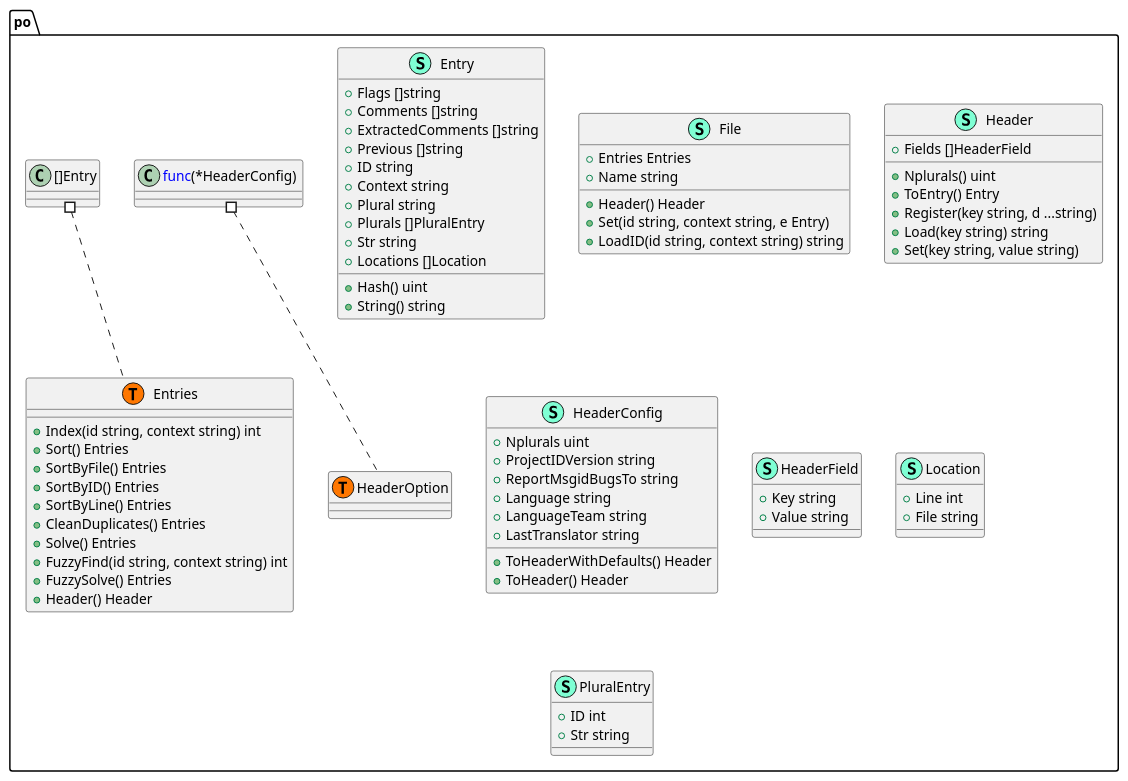
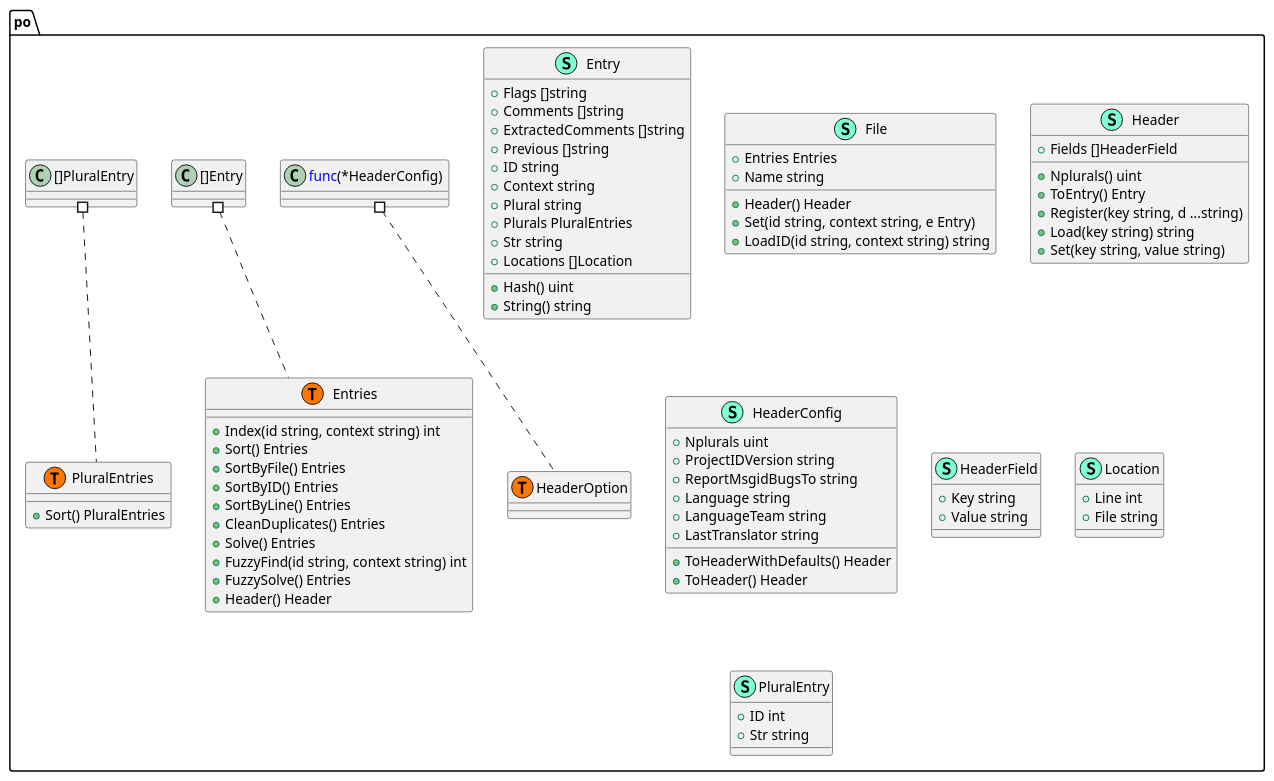
Before and after one commit to Tom5521/gotext-tools: the diagram in pkg/po/structure.puml, drawn with PlantUML. The commit also changed 1 other file, not shown here.

Commit message:
chore: Update plantUML's

```diff
--- a/pkg/po/structure.puml
+++ b/pkg/po/structure.puml
@@ -1,87 +1,94 @@
 @startuml
 namespace po {
     class Entries << (S,Aquamarine) >> {
         + Index(id string, context string) int
         + Sort() Entries
         + SortByFile() Entries
         + SortByID() Entries
         + SortByLine() Entries
         + CleanDuplicates() Entries
         + Solve() Entries
         + FuzzyFind(id string, context string) int
         + FuzzySolve() Entries
         + Header() Header
 
     }
     class Entry << (S,Aquamarine) >> {
         + Flags []string
         + Comments []string
         + ExtractedComments []string
         + Previous []string
         + ID string
         + Context string
         + Plural string
-        + Plurals []PluralEntry
+        + Plurals PluralEntries
         + Str string
         + Locations []Location
 
         + Hash() uint
         + String() string
 
     }
     class File << (S,Aquamarine) >> {
         + Entries Entries
         + Name string
 
         + Header() Header
         + Set(id string, context string, e Entry) 
         + LoadID(id string, context string) string
 
     }
     class Header << (S,Aquamarine) >> {
         + Fields []HeaderField
 
         + Nplurals() uint
         + ToEntry() Entry
         + Register(key string, d ...string) 
         + Load(key string) string
         + Set(key string, value string) 
 
     }
     class HeaderConfig << (S,Aquamarine) >> {
         + Nplurals uint
         + ProjectIDVersion string
         + ReportMsgidBugsTo string
         + Language string
         + LanguageTeam string
         + LastTranslator string
 
         + ToHeaderWithDefaults() Header
         + ToHeader() Header
 
     }
     class HeaderField << (S,Aquamarine) >> {
         + Key string
         + Value string
 
     }
     class Location << (S,Aquamarine) >> {
         + Line int
         + File string
 
     }
+    class PluralEntries << (S,Aquamarine) >> {
+        + Sort() PluralEntries
+
+    }
     class PluralEntry << (S,Aquamarine) >> {
         + ID int
         + Str string
 
     }
     class po.Entries << (T, #FF7700) >>  {
     }
     class po.HeaderOption << (T, #FF7700) >>  {
     }
+    class po.PluralEntries << (T, #FF7700) >>  {
+    }
 }
 
 
 "po.<font color=blue>func</font>(*HeaderConfig) " #.. "po.HeaderOption"
 "po.[]Entry" #.. "po.Entries"
+"po.[]PluralEntry" #.. "po.PluralEntries"
 @enduml
```
